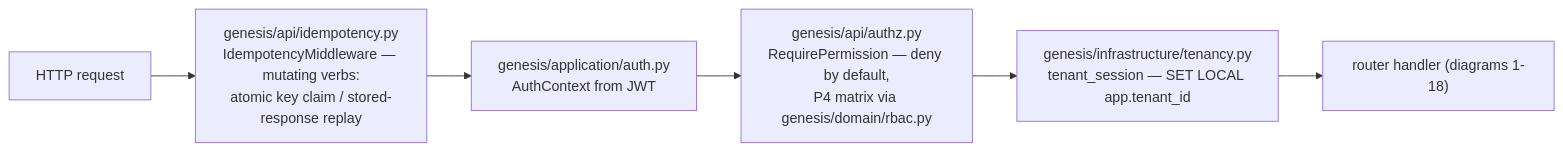
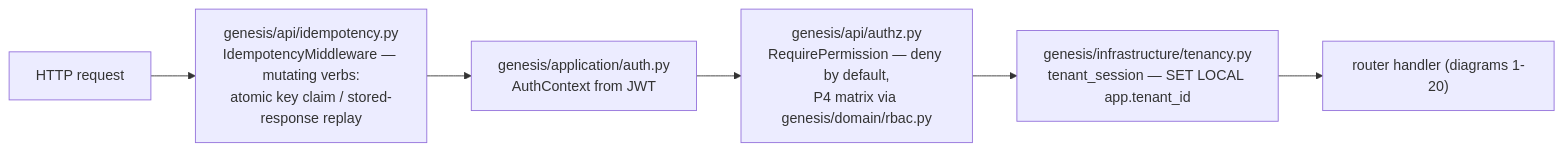
One commit to Benson-Kim/genesis-sacco changed the first of 21 diagrams in docs/diagrams/c4-component.md. Above: the diagram before and after it, drawn with Mermaid. The commit also changed other lines of this file and 1 other file, not shown here.

First line of the commit message:
docs(diagrams): C4 L3 — add corrections (19) + recovery (20) router groups; pin function claims in c4-spot-check

````diff
--- a/docs/diagrams/c4-component.md
+++ b/docs/diagrams/c4-component.md
@@ -31,8 +34,8 @@
 ```mermaid
 flowchart LR
     REQ["HTTP request"] --> IDEM["genesis/api/idempotency.py<br/>IdempotencyMiddleware — mutating verbs:<br/>atomic key claim / stored-response replay"]
     IDEM --> AUTH["genesis/application/auth.py<br/>AuthContext from JWT"]
     AUTH --> PERM["genesis/api/authz.py<br/>RequirePermission — deny by default,<br/>P4 matrix via genesis/domain/rbac.py"]
     PERM --> TS["genesis/infrastructure/tenancy.py<br/>tenant_session — SET LOCAL app.tenant_id"]
-    TS --> H["router handler (diagrams 1-18)"]
+    TS --> H["router handler (diagrams 1-20)"]
 ```
````
